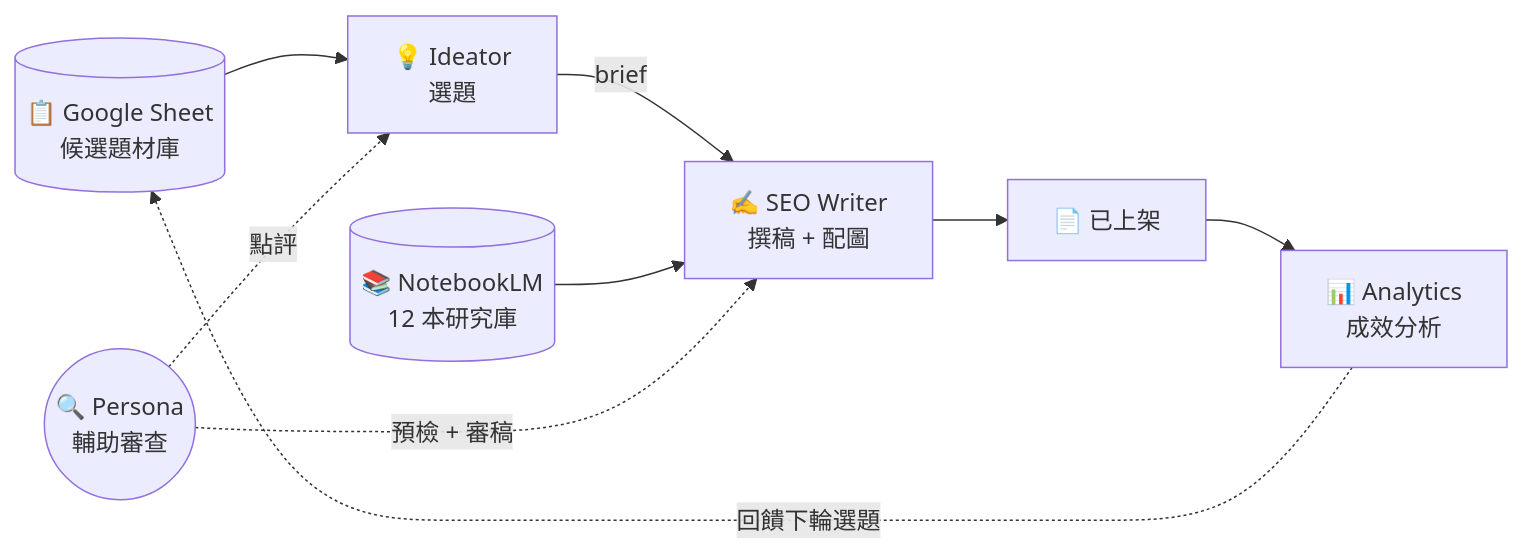
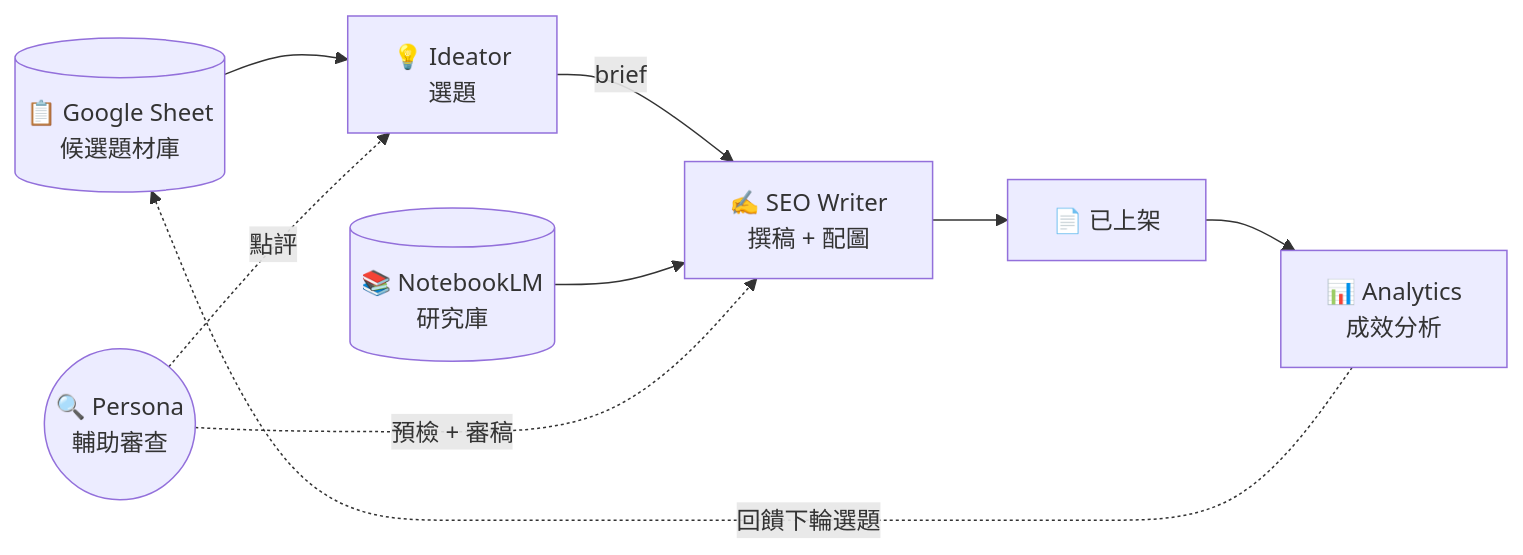
The diagram in README.md (xuano104/kvalley-ai-content-system), drawn with Mermaid before and after one commit. The commit also changed other lines of this file and 79 other files, not shown here.

````diff
--- a/README.md
+++ b/README.md
@@ -21,20 +15,20 @@
 ```mermaid
 flowchart LR
     Sheet[("📋 Google Sheet<br/>候選題材庫")]
-    NBLM[("📚 NotebookLM<br/>12 本研究庫")]
+    NBLM[("📚 NotebookLM<br/>研究庫")]
 
     Sheet --> Ideator
     Ideator["💡 Ideator<br/>選題"]
     Writer["✍️ SEO Writer<br/>撰稿 + 配圖"]
     Analytics["📊 Analytics<br/>成效分析"]
     Persona(("🔍 Persona<br/>輔助審查"))
 
     Ideator -->|brief| Writer
     NBLM --> Writer
     Writer --> Published[📄 已上架]
     Published --> Analytics
     Analytics -.回饋下輪選題.-> Sheet
 
     Persona -.點評.-> Ideator
     Persona -.預檢 + 審稿.-> Writer
 ```
````
